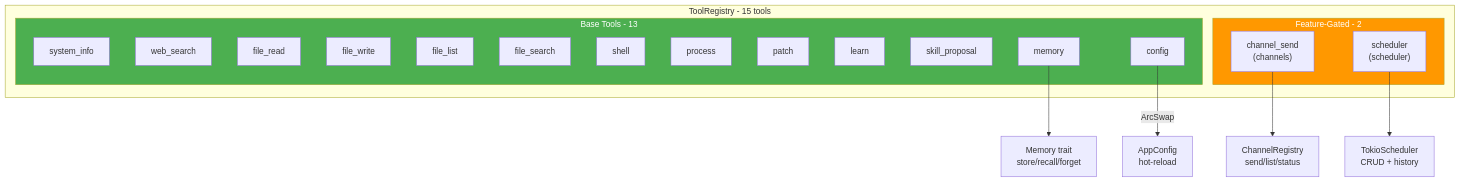
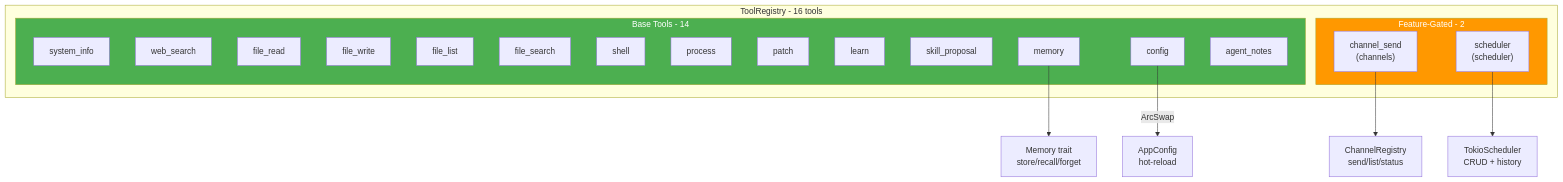
One commit to sprklai/zenii changed diagram 18 of 25 in docs/architecture.md. Above: the diagram before and after it, drawn with Mermaid. The commit also changed other lines of this file and 3 other files, not shown here.

First line of the commit message:
docs: update README, architecture, phases, and processes for post-v0.0.10 features

````diff
--- a/docs/architecture.md
+++ b/docs/architecture.md
@@ -1170,32 +1186,33 @@
 ```mermaid
 graph TD
-    subgraph ToolRegistry["ToolRegistry - 15 tools"]
-        subgraph Base["Base Tools - 13"]
+    subgraph ToolRegistry["ToolRegistry - 16 tools"]
+        subgraph Base["Base Tools - 14"]
             SysInfo[system_info]
             WebSearch[web_search]
             FileR[file_read]
             FileW[file_write]
             FileL[file_list]
             FileS[file_search]
             Shell[shell]
             Process[process]
             Patch[patch]
             Learn[learn]
             SkillP[skill_proposal]
             MemT[memory]
             ConfigT[config]
+            AgentSelf["agent_notes"]
         end
         subgraph FeatureGated["Feature-Gated - 2"]
             ChanSend["channel_send<br>#40;channels#41;"]
             SchedT["scheduler<br>#40;scheduler#41;"]
         end
     end
 
     ConfigT -->|ArcSwap| Config["AppConfig<br>hot-reload"]
     MemT --> Memory["Memory trait<br>store/recall/forget"]
     ChanSend --> ChanReg["ChannelRegistry<br>send/list/status"]
     SchedT --> Sched["TokioScheduler<br>CRUD + history"]
 
     style Base fill:#4CAF50,color:#fff
     style FeatureGated fill:#FF9800,color:#fff
 ```
````
